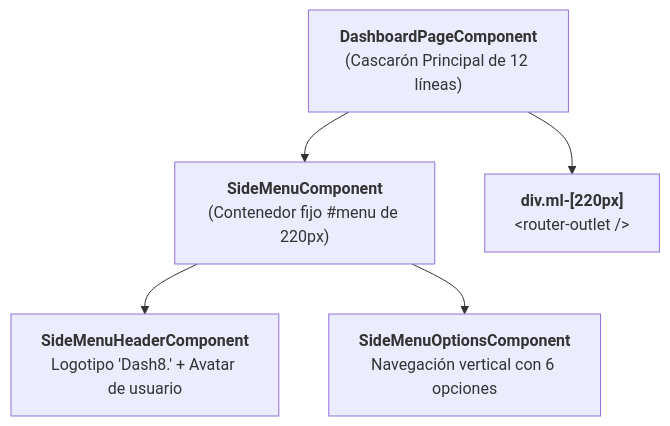
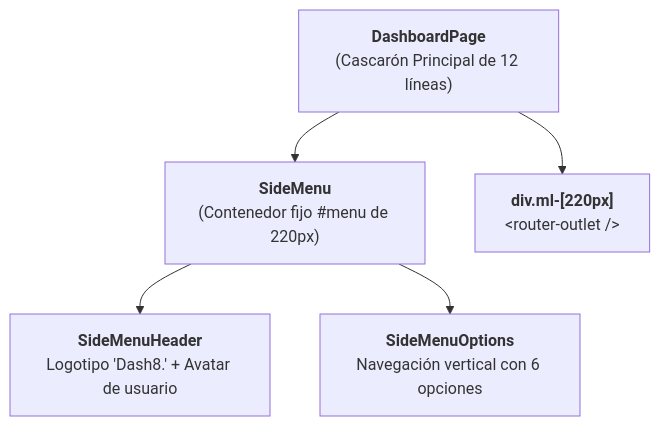
One commit to Jose-Quesada/materiales_angular changed the sixth of 7 diagrams in docs/06-gifs-componentes.md. Above: the diagram before and after it, drawn with Mermaid. The commit also changed other lines of this file and 37 other files, not shown here.

````diff
--- a/docs/06-gifs-componentes.md
+++ b/docs/06-gifs-componentes.md
@@ -517,8 +672,8 @@
 ``` mermaid
 flowchart TD
-    Dashboard["<b>DashboardPageComponent</b><br/>(Cascarón Principal de 12 líneas)"] --> SideMenu["<b>SideMenuComponent</b><br/>(Contenedor fijo #menu de 220px)"]
+    Dashboard["<b>DashboardPage</b><br/>(Cascarón Principal de 12 líneas)"] --> SideMenu["<b>SideMenu</b><br/>(Contenedor fijo #menu de 220px)"]
     Dashboard --> ContentArea["<b>div.ml-[220px]</b><br/>&lt;router-outlet /&gt;"]
     
-    SideMenu --> Header["<b>SideMenuHeaderComponent</b><br/>Logotipo 'Dash8.' + Avatar de usuario"]
-    SideMenu --> Options["<b>SideMenuOptionsComponent</b><br/>Navegación vertical con 6 opciones"]
+    SideMenu --> Header["<b>SideMenuHeader</b><br/>Logotipo 'Dash8.' + Avatar de usuario"]
+    SideMenu --> Options["<b>SideMenuOptions</b><br/>Navegación vertical con 6 opciones"]
 ```
````
